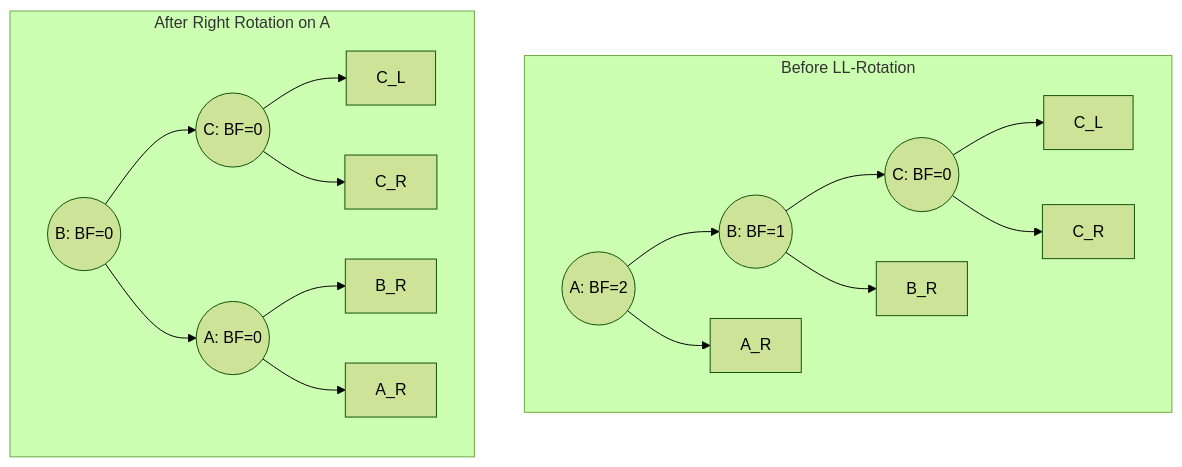
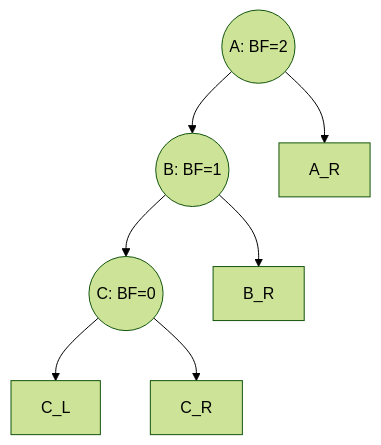
Before and after one commit to ARYAN-KUMAR-22/dsa: the sixth of 13 diagrams in tree/17_avl_trees.md, drawn with Mermaid (forest theme). The commit also changed other lines of this file, not shown here.

````diff
--- a/tree/17_avl_trees.md
+++ b/tree/17_avl_trees.md
@@ -333,20 +337,9 @@
 ```mermaid
 graph TD
-    subgraph Before_LL_Rotation ["Before LL-Rotation"]
-        A((A: BF=2)) --> B((B: BF=1))
-        A --> AR[A_R]
-        B --> C((C: BF=0))
-        B --> BR[B_R]
-        C --> CL[C_L]
-        C --> CR[C_R]
-    end
-    
-    subgraph After_Right_Rotation_on_A ["After Right Rotation on A"]
-        B_new((B: BF=0)) --> C_new((C: BF=0))
-        B_new --> A_new((A: BF=0))
-        C_new --> CL_new[C_L]
-        C_new --> CR_new[C_R]
-        A_new --> BR_new[B_R]
-        A_new --> AR_new[A_R]
-    end
+    A((A: BF=2)) --> B((B: BF=1))
+    A --> AR[A_R]
+    B --> C((C: BF=0))
+    B --> BR[B_R]
+    C --> CL[C_L]
+    C --> CR[C_R]
 ```
````
